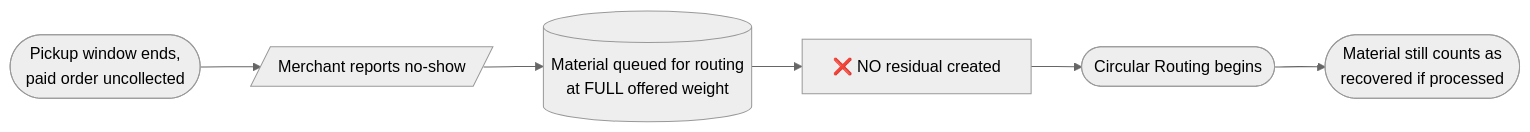
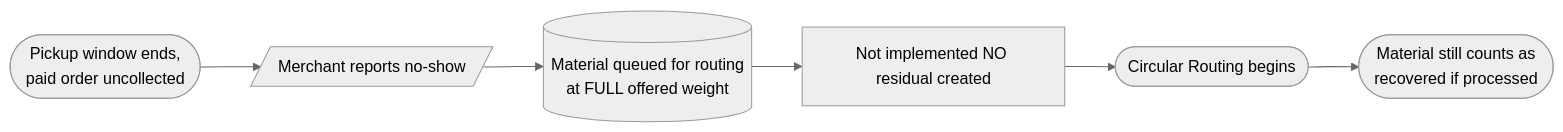
Diagram 24 of 25 in docs/spec/USER_FLOW.md (201dev/cirquo), drawn with Mermaid (neutral theme) before and after one commit. The commit also changed other lines of this file and 56 other files, not shown here.

````diff
--- a/docs/spec/USER_FLOW.md
+++ b/docs/spec/USER_FLOW.md
@@ -943,8 +943,8 @@
 ```mermaid
 flowchart LR
     A([Pickup window ends,<br/>paid order uncollected]) --> B[/Merchant reports no-show/]
     B --> C[(Material queued for routing<br/>at FULL offered weight)]
-    C --> D[❌ NO residual created]
+    C --> D[Not implemented NO residual created]
     D --> E([Circular Routing begins])
     E --> F([Material still counts as<br/>recovered if processed])
 ```
````
